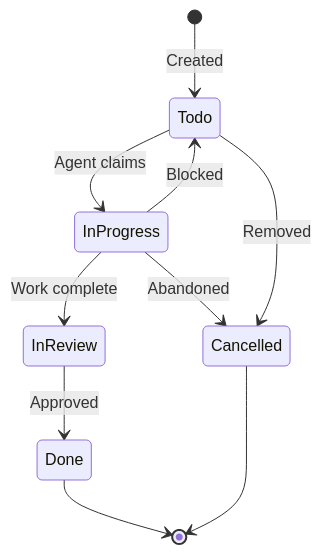
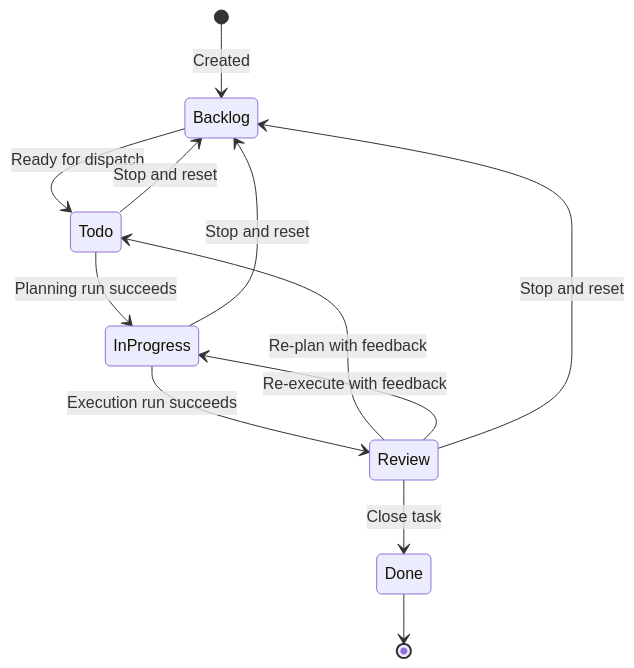
Before and after one commit to bradAGI/Orchestra: the second of 2 diagrams in docs/backend/tracker.md, drawn with Mermaid. The commit also changed other lines of this file and 10 other files, not shown here.

````diff
--- a/docs/backend/tracker.md
+++ b/docs/backend/tracker.md
@@ -108,12 +111,14 @@
 ```mermaid
 stateDiagram-v2
-    [*] --> Todo: Created
-    Todo --> InProgress: Agent claims
-    InProgress --> InReview: Work complete
-    InReview --> Done: Approved
-    InProgress --> Todo: Blocked
-    InProgress --> Cancelled: Abandoned
-    Todo --> Cancelled: Removed
+    [*] --> Backlog: Created
+    Backlog --> Todo: Ready for dispatch
+    Todo --> InProgress: Planning run succeeds
+    InProgress --> Review: Execution run succeeds
+    Review --> Todo: Re-plan with feedback
+    Review --> InProgress: Re-execute with feedback
+    Review --> Done: Close task
+    Todo --> Backlog: Stop and reset
+    InProgress --> Backlog: Stop and reset
+    Review --> Backlog: Stop and reset
     Done --> [*]
-    Cancelled --> [*]
 ```
````
